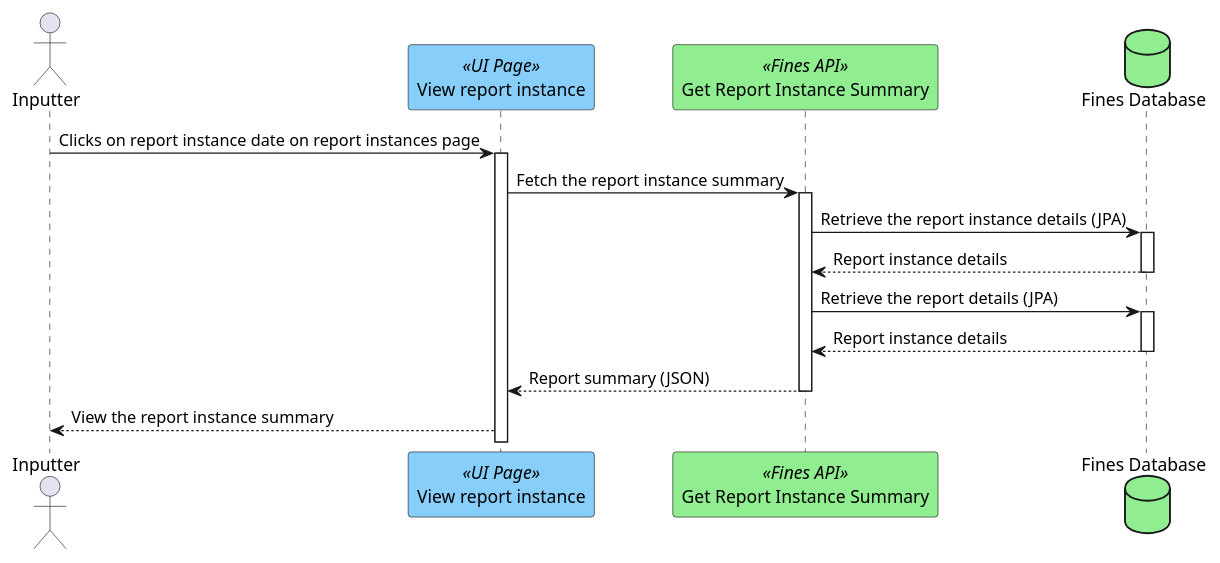
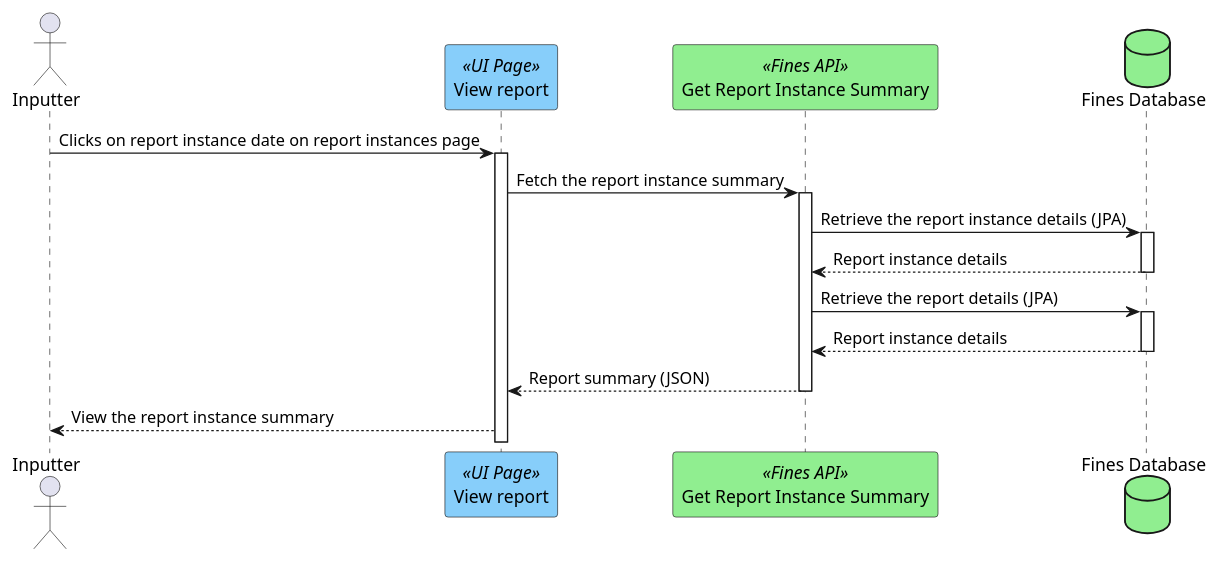
The diagram in plantUML/fae-reports/fae-view_reports_instances_summary.puml (hmcts/opal-docs), drawn with PlantUML before and after one commit. The commit also changed 5 other files, not shown here.

```diff
--- a/plantUML/fae-reports/fae-view_reports_instances_summary.puml
+++ b/plantUML/fae-reports/fae-view_reports_instances_summary.puml
@@ -1,17 +1,17 @@
 @startuml
 actor "Inputter" as user
-participant "View report instance" as viewReportsInstance <<UI Page>> #lightskyblue
+participant "View report" as viewReportsInstance <<UI Page>> #lightskyblue
 participant "Get Report Instance Summary" as getReportInstanceSummary <<Fines API>> #lightgreen
 
 database "Fines Database" as db #lightgreen
 
 user -> viewReportsInstance ++ : Clicks on report instance date on report instances page
 viewReportsInstance -> getReportInstanceSummary ++ : Fetch the report instance summary
 getReportInstanceSummary -> db ++ : Retrieve the report instance details (JPA)
 getReportInstanceSummary <-- db -- : Report instance details
 getReportInstanceSummary -> db ++ : Retrieve the report details (JPA)
 getReportInstanceSummary <-- db -- : Report instance details
 viewReportsInstance <-- getReportInstanceSummary  -- : Report summary (JSON)
 user <-- viewReportsInstance : View the report instance summary
 
 @enduml
```
